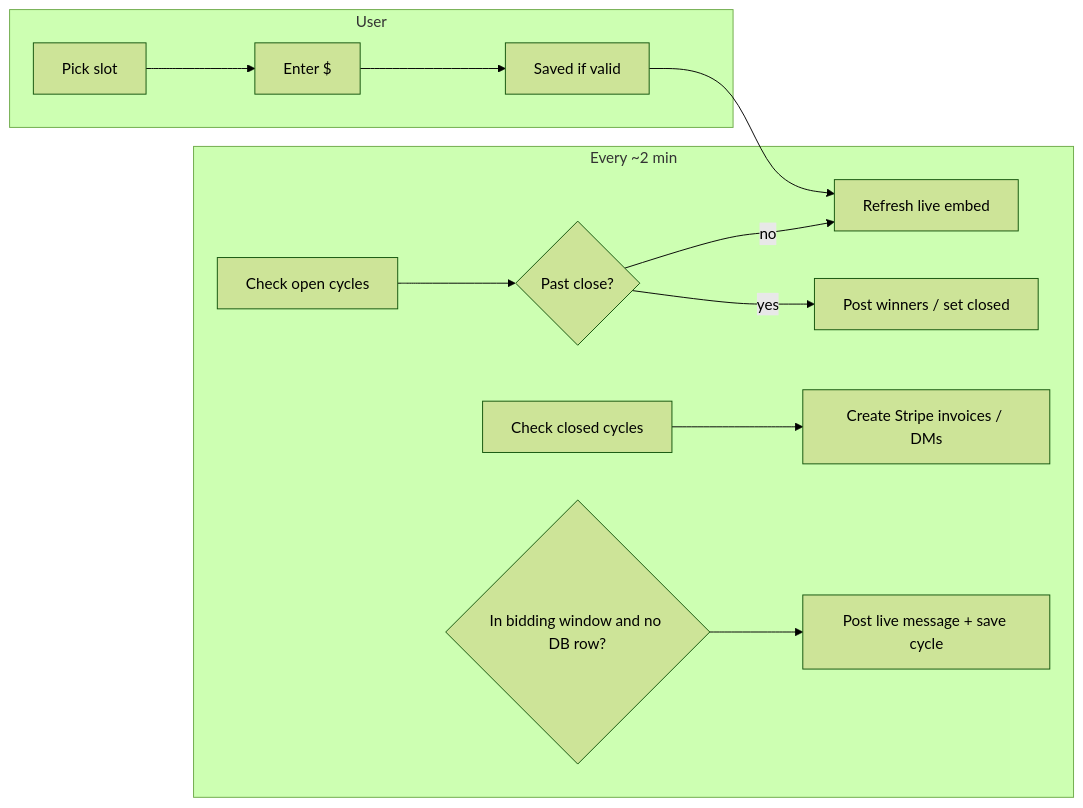
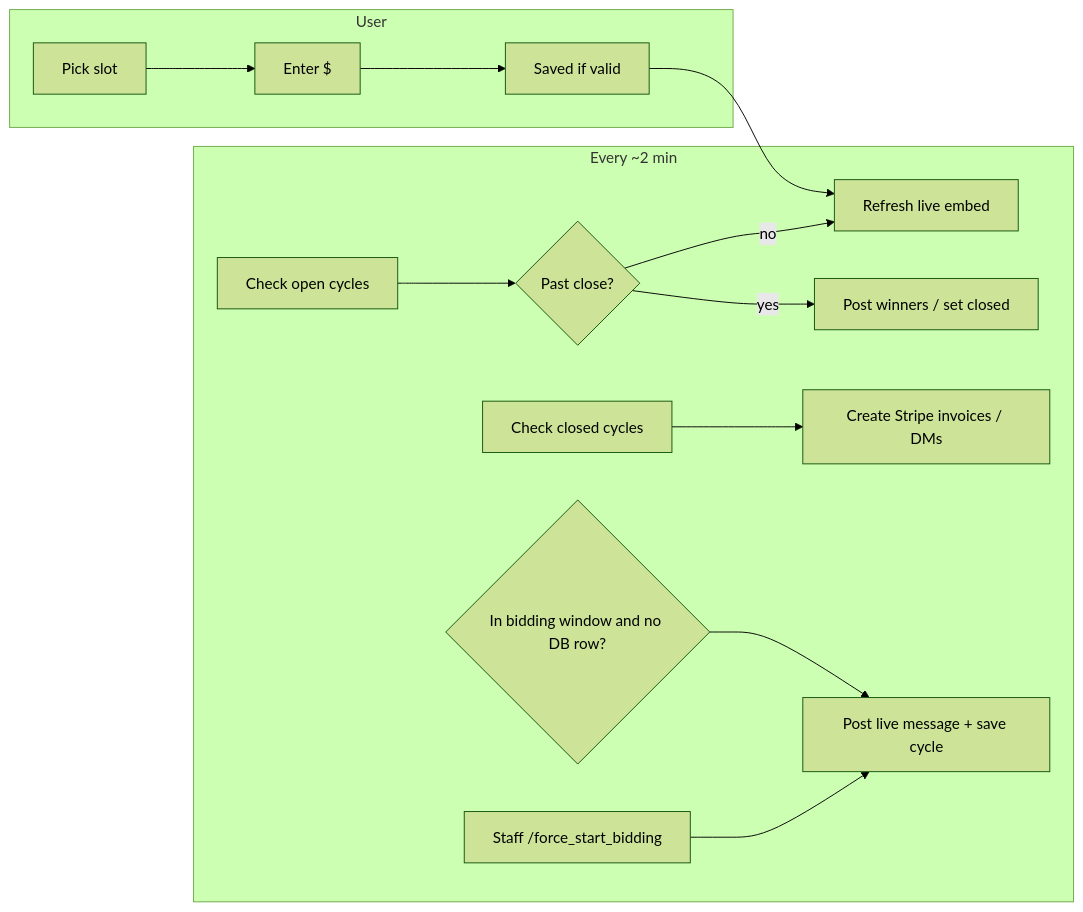
The diagram in FLOW.md (FroostySnoowman/BiddingBot), drawn with Mermaid (forest theme) before and after one commit. The commit also changed other lines of this file and 3 other files, not shown here.

Commit message:
Force Start

````diff
--- a/FLOW.md
+++ b/FLOW.md
@@ -102,14 +113,15 @@
 ```mermaid
 flowchart LR
   subgraph schedule [Every ~2 min]
     A[Check open cycles] --> B{Past close?}
     B -->|yes| C[Post winners / set closed]
     B -->|no| D[Refresh live embed]
     E[Check closed cycles] --> F[Create Stripe invoices / DMs]
     G{In bidding window and no DB row?} --> H[Post live message + save cycle]
+    G2[Staff /force_start_bidding] --> H
   end
   subgraph user [User]
     I[Pick slot] --> J[Enter $] --> K[Saved if valid]
     K --> D
   end
 ```
````
